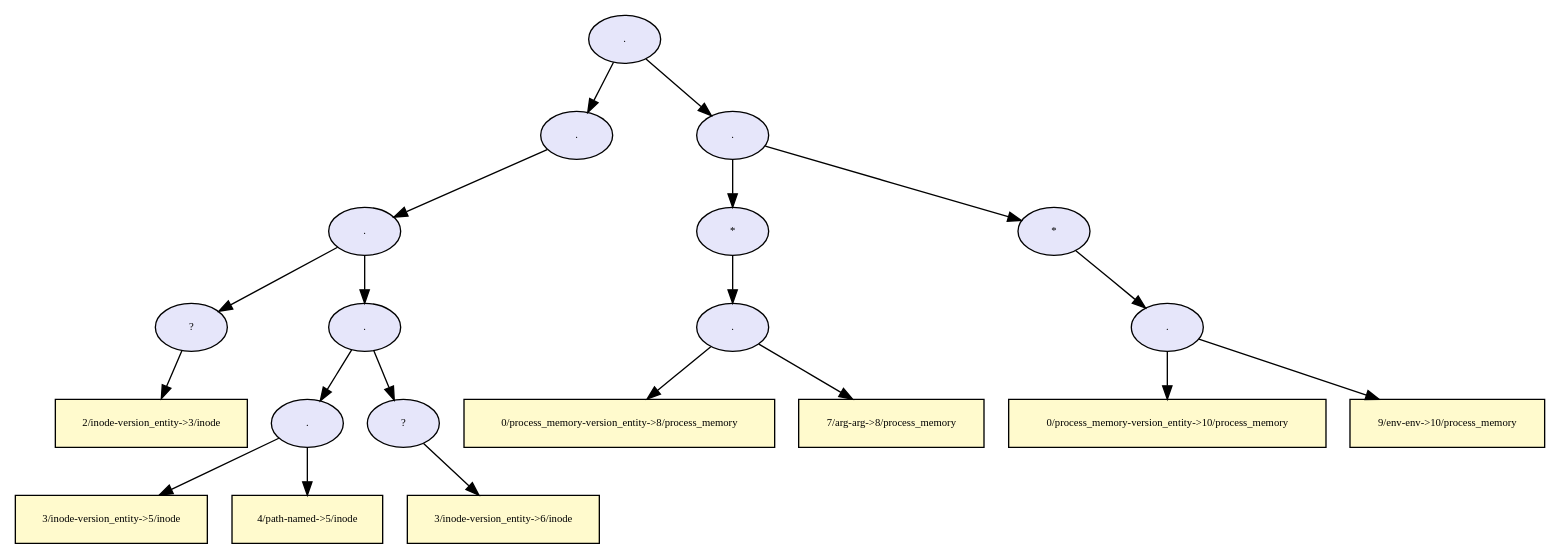
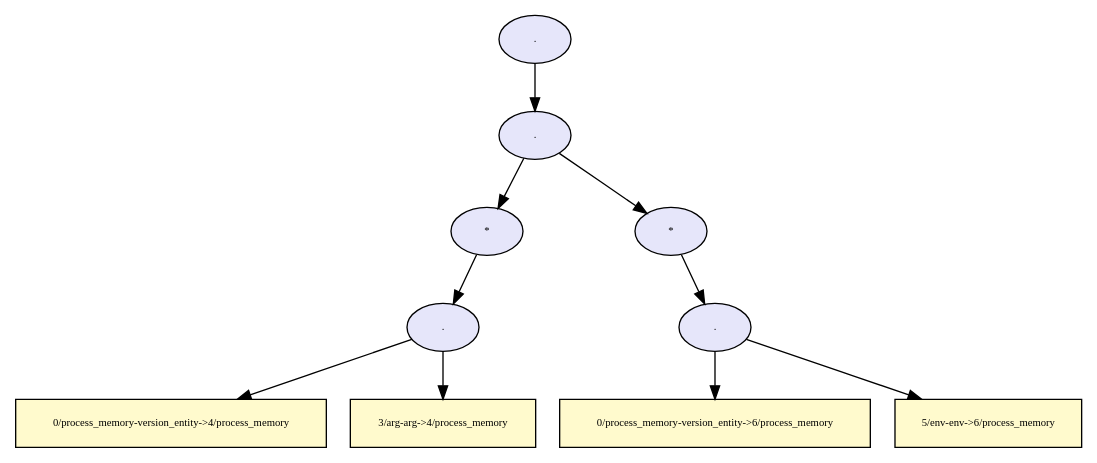
The diagram in dot/provenance_bprm_check_security_tree.dot (TinkerBellSystem/graph-matching), drawn with Graphviz before and after one commit. The commit also changed 5 other files, not shown here.

```diff
--- a/dot/provenance_bprm_check_security_tree.dot
+++ b/dot/provenance_bprm_check_security_tree.dot
@@ -1,79 +1,39 @@
-digraph RGL__DirectedAdjacencyGraph {19[fontsize = 8,label = ".",shape = ellipse, fillcolor="#e6e6fa", style = filled]
-
-19 -> 9[fontsize = 8, color="#000000"]
-
-9[fontsize = 8,label = ".",shape = ellipse, fillcolor="#e6e6fa", style = filled]
+digraph RGL__DirectedAdjacencyGraph {9[fontsize = 8,label = ".",shape = ellipse, fillcolor="#e6e6fa", style = filled]
 
 9 -> 8[fontsize = 8, color="#000000"]
 
 8[fontsize = 8,label = ".",shape = ellipse, fillcolor="#e6e6fa", style = filled]
 
-8 -> 1[fontsize = 8, color="#000000"]
+8 -> 3[fontsize = 8, color="#000000"]
 
-1[fontsize = 8,label = "?",shape = ellipse, fillcolor="#e6e6fa", style = filled]
+3[fontsize = 8,label = "*",shape = ellipse, fillcolor="#e6e6fa", style = filled]
 
-1 -> 0[fontsize = 8, color="#000000"]
+3 -> 2[fontsize = 8, color="#000000"]
 
-0[fontsize = 8,label = "2/inode-version_entity->3/inode",shape = rectangle, fillcolor="#fffacd", style = filled]
+2[fontsize = 8,label = ".",shape = ellipse, fillcolor="#e6e6fa", style = filled]
+
+2 -> 0[fontsize = 8, color="#000000"]
+
+0[fontsize = 8,label = "0/process_memory-version_entity->4/process_memory",shape = rectangle, fillcolor="#fffacd", style = filled]
+
+2 -> 1[fontsize = 8, color="#000000"]
+
+1[fontsize = 8,label = "3/arg-arg->4/process_memory",shape = rectangle, fillcolor="#fffacd", style = filled]
 
 8 -> 7[fontsize = 8, color="#000000"]
 
-7[fontsize = 8,label = ".",shape = ellipse, fillcolor="#e6e6fa", style = filled]
-
-7 -> 4[fontsize = 8, color="#000000"]
-
-4[fontsize = 8,label = ".",shape = ellipse, fillcolor="#e6e6fa", style = filled]
-
-4 -> 2[fontsize = 8, color="#000000"]
-
-2[fontsize = 8,label = "3/inode-version_entity->5/inode",shape = rectangle, fillcolor="#fffacd", style = filled]
-
-4 -> 3[fontsize = 8, color="#000000"]
-
-3[fontsize = 8,label = "4/path-named->5/inode",shape = rectangle, fillcolor="#fffacd", style = filled]
+7[fontsize = 8,label = "*",shape = ellipse, fillcolor="#e6e6fa", style = filled]
 
 7 -> 6[fontsize = 8, color="#000000"]
 
-6[fontsize = 8,label = "?",shape = ellipse, fillcolor="#e6e6fa", style = filled]
+6[fontsize = 8,label = ".",shape = ellipse, fillcolor="#e6e6fa", style = filled]
+
+6 -> 4[fontsize = 8, color="#000000"]
+
+4[fontsize = 8,label = "0/process_memory-version_entity->6/process_memory",shape = rectangle, fillcolor="#fffacd", style = filled]
 
 6 -> 5[fontsize = 8, color="#000000"]
 
-5[fontsize = 8,label = "3/inode-version_entity->6/inode",shape = rectangle, fillcolor="#fffacd", style = filled]
-
-19 -> 18[fontsize = 8, color="#000000"]
-
-18[fontsize = 8,label = ".",shape = ellipse, fillcolor="#e6e6fa", style = filled]
-
-18 -> 13[fontsize = 8, color="#000000"]
-
-13[fontsize = 8,label = "*",shape = ellipse, fillcolor="#e6e6fa", style = filled]
-
-13 -> 12[fontsize = 8, color="#000000"]
-
-12[fontsize = 8,label = ".",shape = ellipse, fillcolor="#e6e6fa", style = filled]
-
-12 -> 10[fontsize = 8, color="#000000"]
-
-10[fontsize = 8,label = "0/process_memory-version_entity->8/process_memory",shape = rectangle, fillcolor="#fffacd", style = filled]
-
-12 -> 11[fontsize = 8, color="#000000"]
-
-11[fontsize = 8,label = "7/arg-arg->8/process_memory",shape = rectangle, fillcolor="#fffacd", style = filled]
-
-18 -> 17[fontsize = 8, color="#000000"]
-
-17[fontsize = 8,label = "*",shape = ellipse, fillcolor="#e6e6fa", style = filled]
-
-17 -> 16[fontsize = 8, color="#000000"]
-
-16[fontsize = 8,label = ".",shape = ellipse, fillcolor="#e6e6fa", style = filled]
-
-16 -> 14[fontsize = 8, color="#000000"]
-
-14[fontsize = 8,label = "0/process_memory-version_entity->10/process_memory",shape = rectangle, fillcolor="#fffacd", style = filled]
-
-16 -> 15[fontsize = 8, color="#000000"]
-
-15[fontsize = 8,label = "9/env-env->10/process_memory",shape = rectangle, fillcolor="#fffacd", style = filled]
+5[fontsize = 8,label = "5/env-env->6/process_memory",shape = rectangle, fillcolor="#fffacd", style = filled]
 
 }
```
